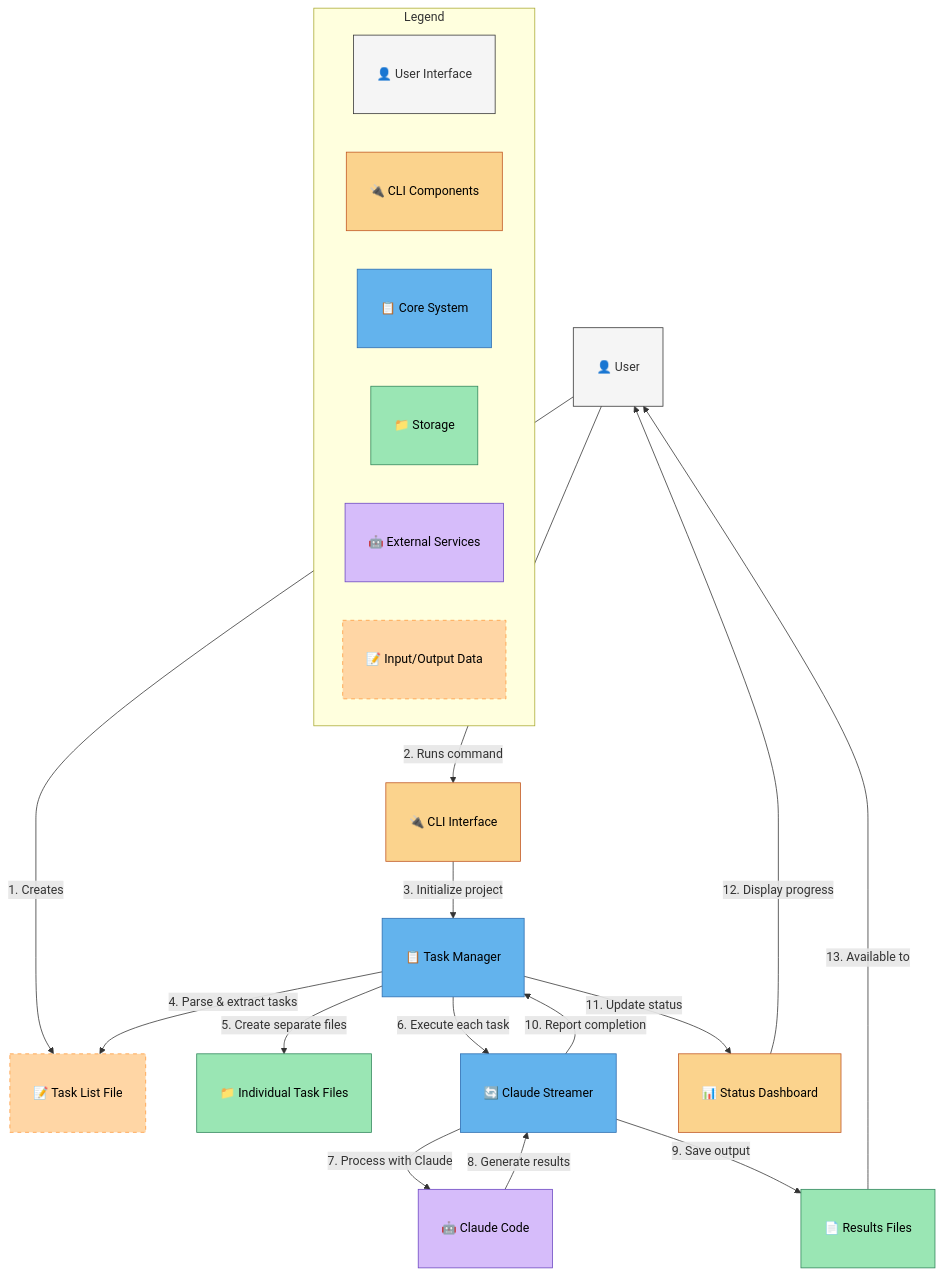
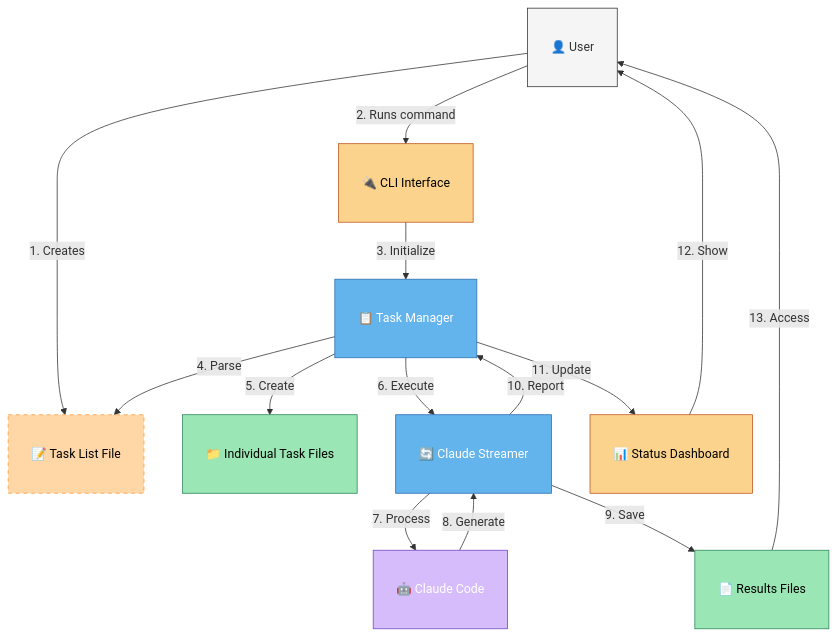
The diagram in README.md (rzp-labs/claude-task-runner), drawn with Mermaid before and after one commit. The commit also changed 1 other file, not shown here.

Commit message:
Fix input handling in pexpect implementation

````diff
--- a/README.md
+++ b/README.md
@@ -31,46 +31,36 @@
 ```mermaid
 flowchart TB
-    %% Define node styles
-    classDef userNode fill:#f5f5f5,stroke:#333,color:#333,margin:15px
-    classDef interfaceNode fill:#FBD38D,stroke:#C05621,color:#000,margin:15px
-    classDef coreNode fill:#63B3ED,stroke:#2B6CB0,color:#000,margin:15px
-    classDef storageNode fill:#9AE6B4,stroke:#2F855A,color:#000,margin:15px
-    classDef externalNode fill:#D6BCFA,stroke:#6B46C1,color:#000,margin:15px
-    classDef dataNode fill:#FFD6A5,stroke:#FF9A3C,color:#000,margin:15px,stroke-dasharray: 5 5
+    %% Define node styles - clean and simple
+    classDef userNode fill:#f5f5f5,stroke:#333,color:#333,margin:10px
+    classDef interfaceNode fill:#FBD38D,stroke:#C05621,color:#000,margin:10px
+    classDef coreNode fill:#63B3ED,stroke:#2B6CB0,color:#fff,margin:10px
+    classDef storageNode fill:#9AE6B4,stroke:#2F855A,color:#000,margin:10px
+    classDef externalNode fill:#D6BCFA,stroke:#6B46C1,color:#fff,margin:10px
+    classDef dataNode fill:#FFD6A5,stroke:#FF9A3C,color:#000,margin:10px,stroke-dasharray: 5 5
     
-    %% Main user journey flow - simple and clear
+    %% Main components - no subgraphs for cleaner appearance
     User["👤 User"]:::userNode
     TaskList["📝 Task List File"]:::dataNode
     CLI["🔌 CLI Interface"]:::interfaceNode
     TaskManager["📋 Task Manager"]:::coreNode
     TaskFiles["📁 Individual Task Files"]:::storageNode
     ClaudeStreamer["🔄 Claude Streamer"]:::coreNode
     ClaudeCode["🤖 Claude Code"]:::externalNode
     ResultsFiles["📄 Results Files"]:::storageNode
     Dashboard["📊 Status Dashboard"]:::interfaceNode
     
-    %% The linear journey
+    %% Linear user journey flow
     User -->|"1. Creates"| TaskList
     User -->|"2. Runs command"| CLI
-    CLI -->|"3. Initialize project"| TaskManager
-    TaskManager -->|"4. Parse & extract tasks"| TaskList
-    TaskManager -->|"5. Create separate files"| TaskFiles
-    TaskManager -->|"6. Execute each task"| ClaudeStreamer
-    ClaudeStreamer -->|"7. Process with Claude"| ClaudeCode
-    ClaudeCode -->|"8. Generate results"| ClaudeStreamer
-    ClaudeStreamer -->|"9. Save output"| ResultsFiles
-    ClaudeStreamer -->|"10. Report completion"| TaskManager
-    TaskManager -->|"11. Update status"| Dashboard
-    Dashboard -->|"12. Display progress"| User
-    ResultsFiles -->|"13. Available to"| User
-    
-    %% Add a simple legend
-    subgraph Legend["Legend"]
-        UserLegend["👤 User Interface"]:::userNode
-        InterfaceLegend["🔌 CLI Components"]:::interfaceNode
-        CoreLegend["📋 Core System"]:::coreNode
-        StorageLegend["📁 Storage"]:::storageNode
-        ExternalLegend["🤖 External Services"]:::externalNode
-        DataLegend["📝 Input/Output Data"]:::dataNode
-    end
+    CLI -->|"3. Initialize"| TaskManager
+    TaskManager -->|"4. Parse"| TaskList
+    TaskManager -->|"5. Create"| TaskFiles
+    TaskManager -->|"6. Execute"| ClaudeStreamer
+    ClaudeStreamer -->|"7. Process"| ClaudeCode
+    ClaudeCode -->|"8. Generate"| ClaudeStreamer
+    ClaudeStreamer -->|"9. Save"| ResultsFiles
+    ClaudeStreamer -->|"10. Report"| TaskManager
+    TaskManager -->|"11. Update"| Dashboard
+    Dashboard -->|"12. Show"| User
+    ResultsFiles -->|"13. Access"| User
 ```
````
